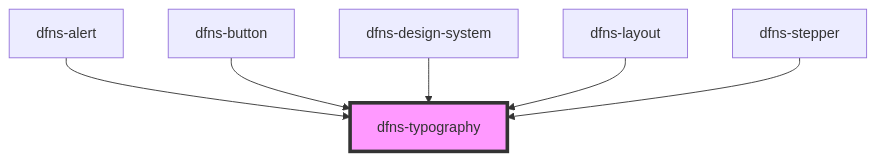
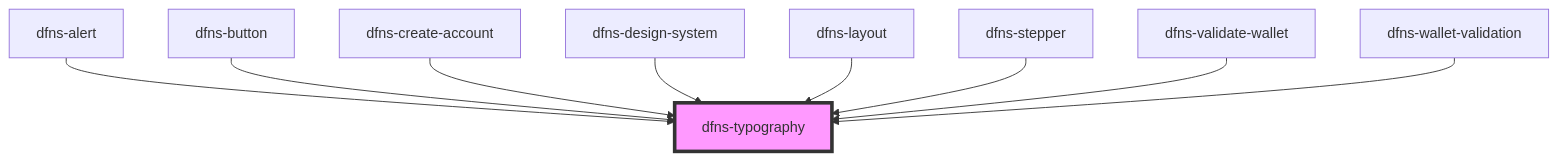
Before and after one commit to dfnsext/web-ui: the diagram in src/components/dfns-typography/readme.md, drawn with Mermaid. The commit also changed other lines of this file and 23 other files, not shown here.

````diff
--- a/src/components/dfns-typography/readme.md
+++ b/src/components/dfns-typography/readme.md
@@ -28,9 +31,12 @@
 ```mermaid
 graph TD;
   dfns-alert --> dfns-typography
   dfns-button --> dfns-typography
+  dfns-create-account --> dfns-typography
   dfns-design-system --> dfns-typography
   dfns-layout --> dfns-typography
   dfns-stepper --> dfns-typography
+  dfns-validate-wallet --> dfns-typography
+  dfns-wallet-validation --> dfns-typography
   style dfns-typography fill:#f9f,stroke:#333,stroke-width:4px
 ```
````
